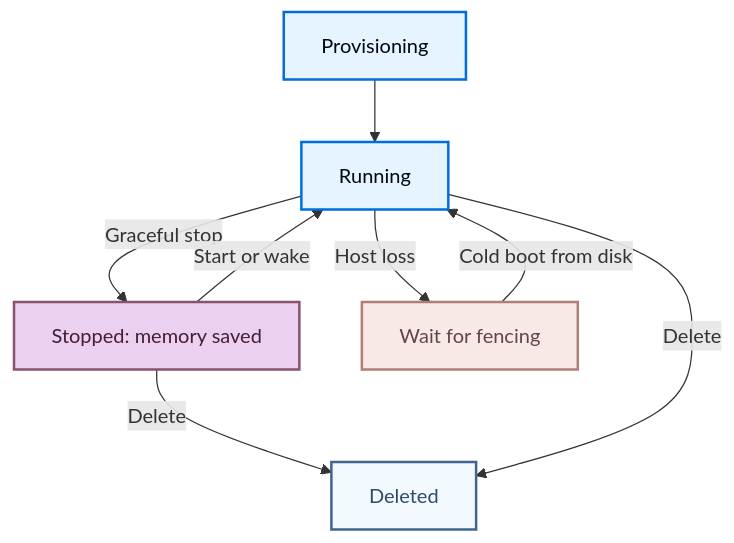
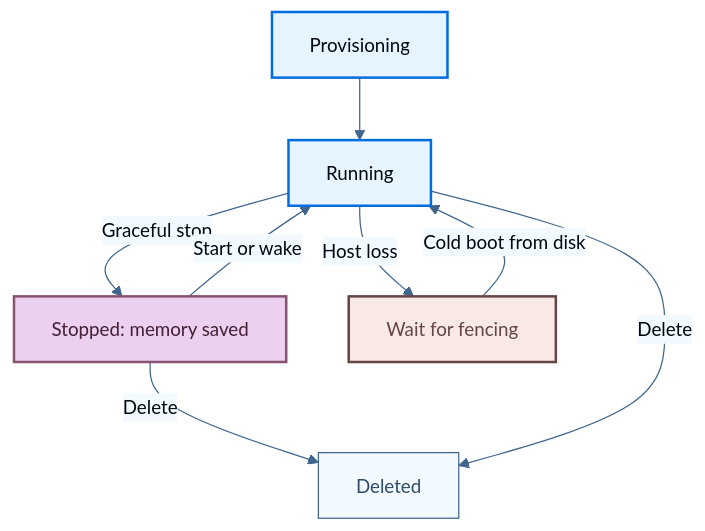
One commit to langchain-ai/docs changed the second of 2 diagrams in src/langsmith/self-host-sandbox-architecture.mdx. Above: the diagram before and after it, drawn with Mermaid. The commit also changed other lines of this file and 8 other files, not shown here.

First line of the commit message:
docs(sandboxes): restyle self-hosted diagrams to brand, add dark-mode variants

````diff
--- a/src/langsmith/self-host-sandbox-architecture.mdx
+++ b/src/langsmith/self-host-sandbox-architecture.mdx
@@ -120,20 +122,21 @@
 ```mermaid
+%%{init: {'theme': 'base', 'themeVariables': {'fontFamily': 'TWK Lausanne, Inter', 'fontSize': '15px', 'lineColor': '#40668D', 'primaryTextColor': '#030710', 'textColor': '#030710', 'edgeLabelBackground': '#F2FAFF'}}}%%
 flowchart TB
     accTitle: Persistent sandbox lifecycle
     accDescr: Provisioning leads to running. A graceful stop saves memory and moves to stopped. A later start or wake restores on a compatible host. Host loss instead requires fencing and a cold boot from persisted disk, without the previous running memory.
     P[Provisioning] --> R[Running]
     R -->|Graceful stop| S[Stopped: memory saved]
     S -->|Start or wake| R
     R -->|Host loss| F[Wait for fencing]
     F -->|Cold boot from disk| R
     S -->|Delete| D[Deleted]
     R -->|Delete| D
     classDef process fill:#E5F4FF,stroke:#006DDD,stroke-width:2px,color:#030710
     classDef output fill:#EBD0F0,stroke:#885270,stroke-width:2px,color:#441E33
-    classDef alert fill:#F8E8E6,stroke:#B27D75,stroke-width:2px,color:#634643
-    classDef neutral fill:#F2FAFF,stroke:#40668D,stroke-width:2px,color:#2F4B68
+    classDef alert fill:#F8E8E6,stroke:#634643,stroke-width:2px,color:#634643
+    classDef neutral fill:#F2FAFF,stroke:#40668D,stroke-width:1px,color:#2F4B68
     class P,R process
     class S output
     class F alert
     class D neutral
 ```
````
